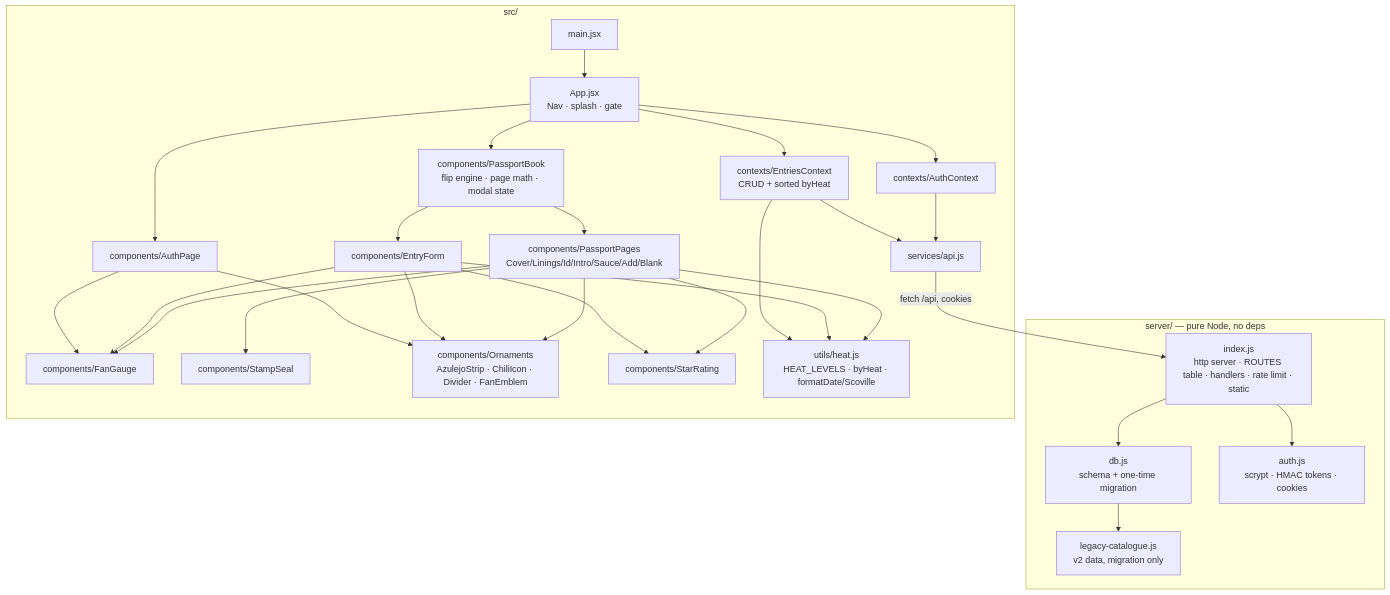
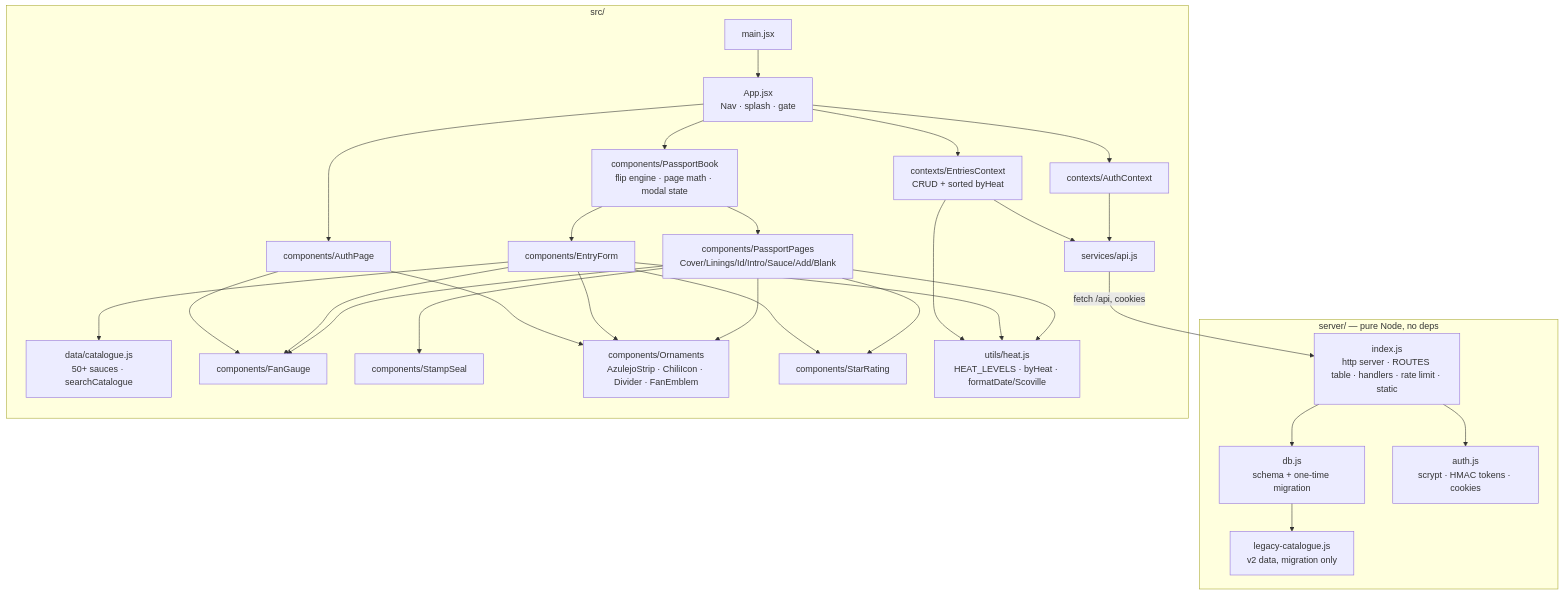
Before and after one commit to jbol/hot-sauce-rater: the diagram in CLAUDE.md, drawn with Mermaid. The commit also changed other lines of this file and 11 other files, not shown here.

First line of the commit message:
Add quick-add catalogue: search 50+ known sauces in the entry form

````diff
--- a/CLAUDE.md
+++ b/CLAUDE.md
@@ -24,23 +24,24 @@
 ```mermaid
 graph TD
   subgraph server [server/ — pure Node, no deps]
     IDX[index.js<br/>http server · ROUTES table · handlers · rate limit · static] --> DB[db.js<br/>schema + one-time migration]
     IDX --> AUTH[auth.js<br/>scrypt · HMAC tokens · cookies]
     DB --> LEG[legacy-catalogue.js<br/>v2 data, migration only]
   end
   subgraph frontend [src/]
     MAIN[main.jsx] --> APP[App.jsx<br/>Nav · splash · gate]
     APP --> AC[contexts/AuthContext]
     APP --> AP[components/AuthPage]
     APP --> EC[contexts/EntriesContext<br/>CRUD + sorted byHeat]
     APP --> PB[components/PassportBook<br/>flip engine · page math · modal state]
     PB --> PP[components/PassportPages<br/>Cover/Linings/Id/Intro/Sauce/Add/Blank]
     PB --> EF[components/EntryForm]
+    EF --> CAT[data/catalogue.js<br/>50+ sauces · searchCatalogue]
     AC & EC --> API[services/api.js] -->|fetch /api, cookies| IDX
     PP & EF & AP --> FG[components/FanGauge]
     PP --> SS[components/StampSeal]
     PP & EF & AP --> OR[components/Ornaments<br/>AzulejoStrip · ChiliIcon · Divider · FanEmblem]
     PP & EF --> SR[components/StarRating]
     PP & EF & EC --> HU[utils/heat.js<br/>HEAT_LEVELS · byHeat · formatDate/Scoville]
   end
 ```
````
